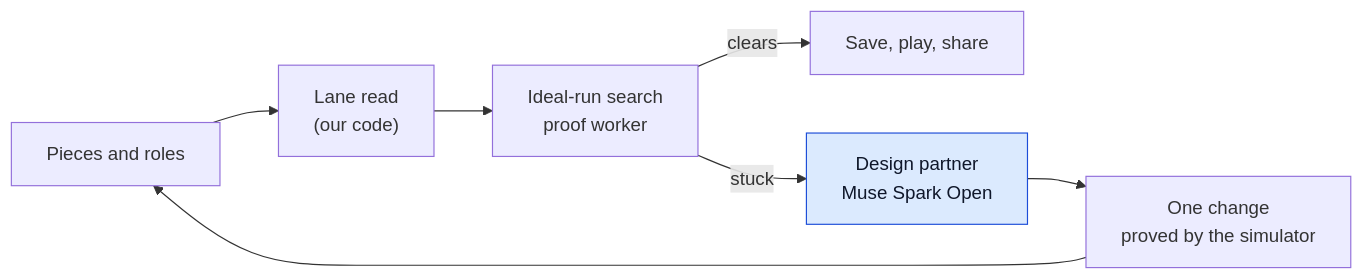
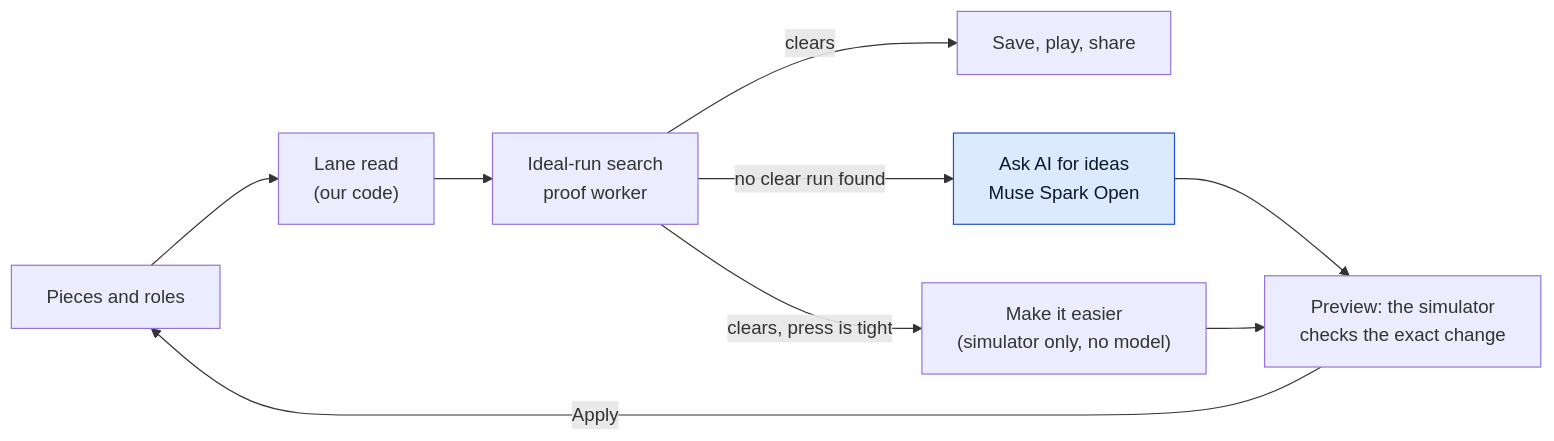
The sixth of 8 diagrams in README.md (gitgithan/conquercourse), drawn with Mermaid before and after one commit. The commit also changed other lines of this file and 7 other files, not shown here.

Commit message:
Diagrams B: architecture without live Commons, editor flow with Ask AI / Make it easier, Q/T arm 0.8 m, bars now in the search, stale Find a repair texts - Part of CC-133

````diff
--- a/README.md
+++ b/README.md
@@ -524,11 +526,13 @@
 ```mermaid
 flowchart LR
   A["Pieces and roles"] --> B["Lane read<br/>(our code)"]
   B --> C["Ideal-run search<br/>proof worker"]
   C -->|"clears"| D["Save, play, share"]
-  C -->|"stuck"| E["Design partner<br/>Muse Spark Open"]
-  E --> F["One change<br/>proved by the simulator"]
-  F --> A
+  C -->|"no clear run found"| E["Ask AI for ideas<br/>Muse Spark Open"]
+  E --> F["Preview: the simulator<br/>checks the exact change"]
+  F -->|"Apply"| A
+  C -->|"clears, press is tight"| G["Make it easier<br/>(simulator only, no model)"]
+  G --> F
   classDef meta fill:#dbeafe,stroke:#1d4ed8,color:#0f172a;
   class E meta;
 ```
````
